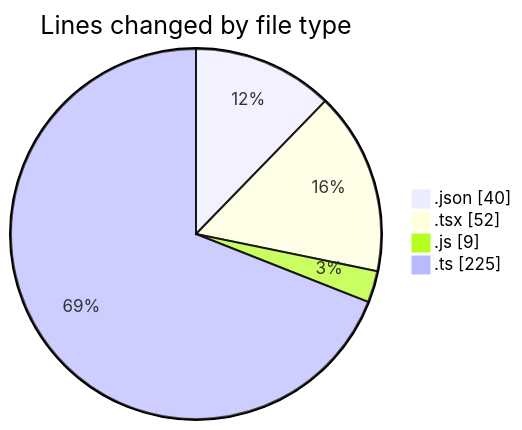
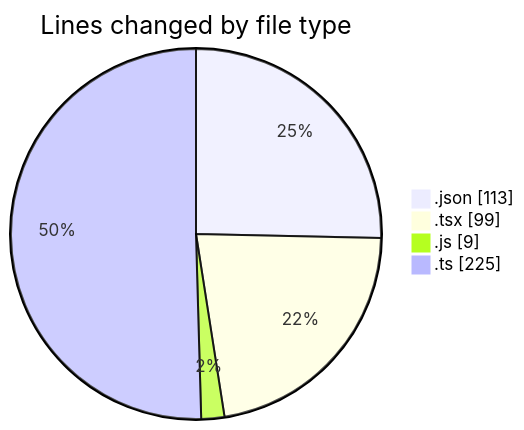
Before and after one commit to momahboobian/code-tracking: the first of 2 diagrams in 2025-03-06/song-sieve/README.md, drawn with Mermaid. The commit also changed other lines of this file and 1 other file, not shown here.

````diff
--- a/2025-03-06/song-sieve/README.md
+++ b/2025-03-06/song-sieve/README.md
@@ -25,8 +26,8 @@
 ```mermaid
 pie showData
 title Lines changed by file type
-".json" : 40
-".tsx" : 52
+".json" : 113
+".tsx" : 99
 ".js" : 9
 ".ts" : 225
 ```
````
